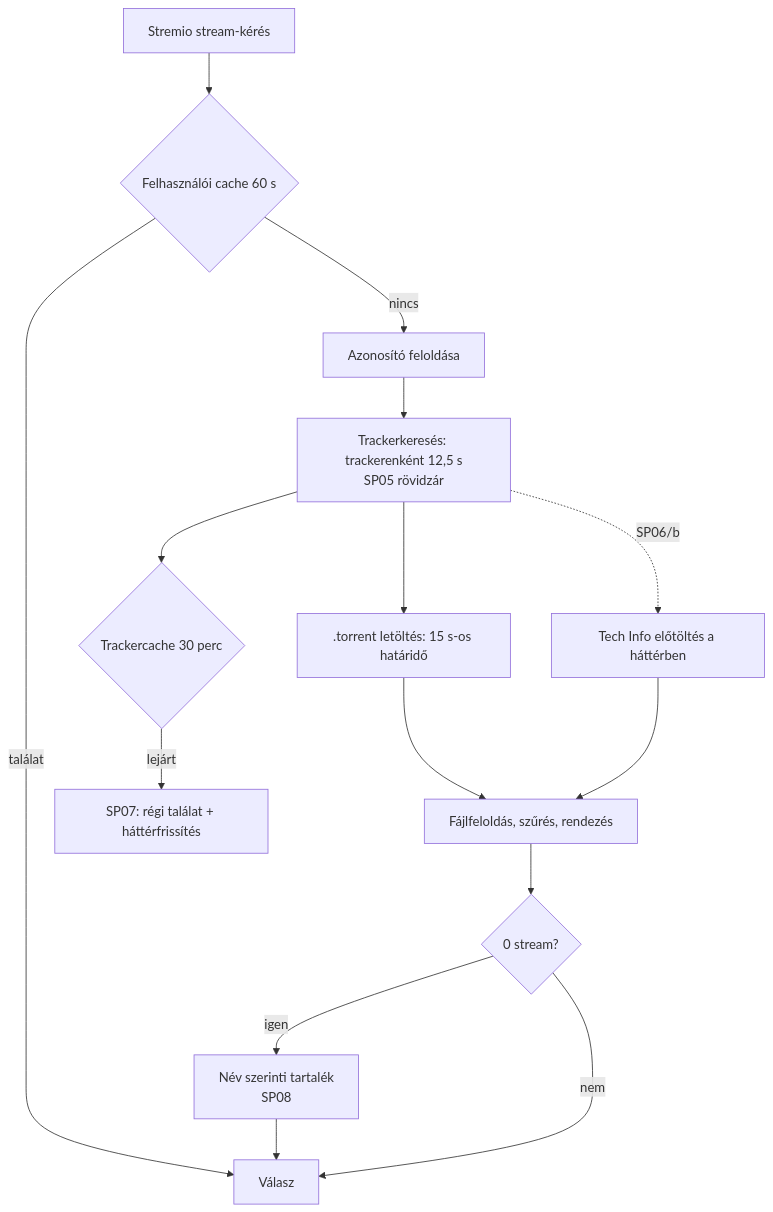
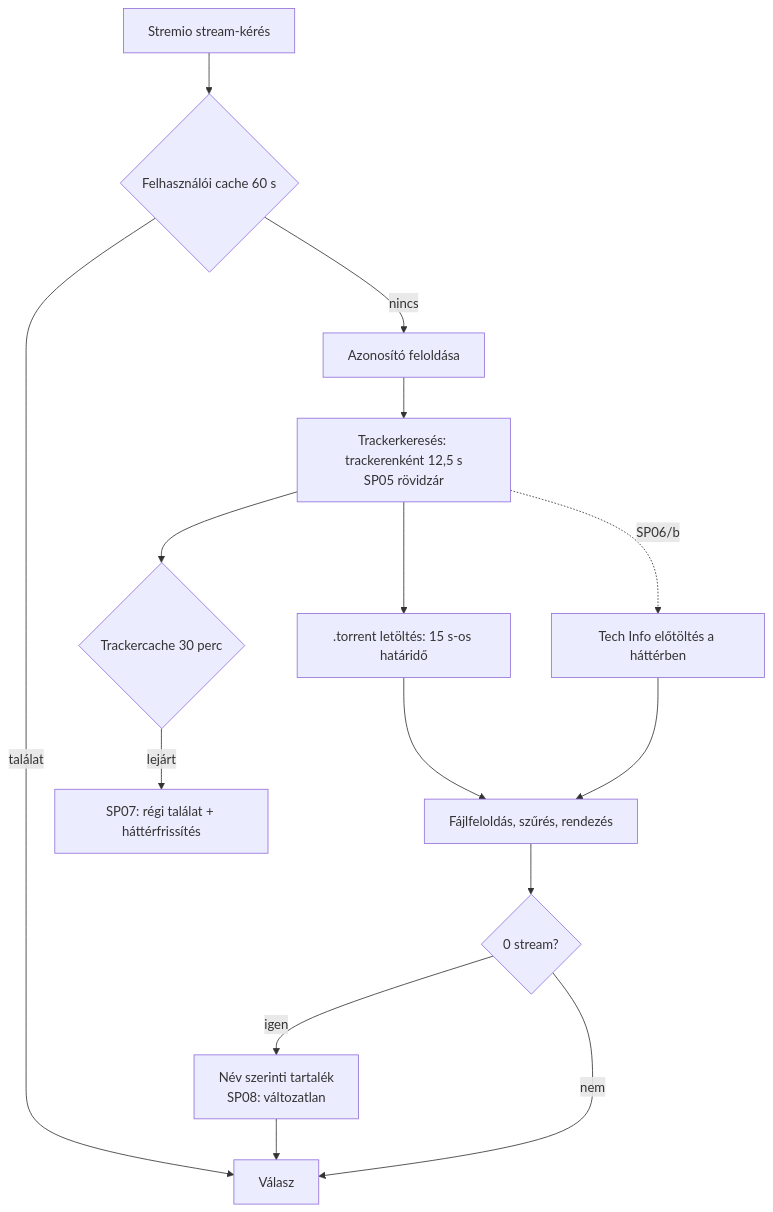
The first of 2 diagrams in docs/feature/stream-performance.md (Levfero/stremhu-source-VibeCodedEdition), drawn with Mermaid before and after one commit. The commit also changed other lines of this file and 5 other files, not shown here.

````diff
--- a/docs/feature/stream-performance.md
+++ b/docs/feature/stream-performance.md
@@ -103,17 +103,17 @@
 ```mermaid
 flowchart TD
     A[Stremio stream-kérés] --> B{Felhasználói cache 60 s}
     B -- találat --> Z[Válasz]
     B -- nincs --> C[Azonosító feloldása]
     C --> D[Trackerkeresés: trackerenként 12,5 s<br/>SP05 rövidzár]
     D --> E{Trackercache 30 perc}
     E -- lejárt --> E2[SP07: régi találat + háttérfrissítés]
     D --> F[.torrent letöltés: 15 s-os határidő]
     D -. SP06/b .-> T[Tech Info előtöltés a háttérben]
     F --> G[Fájlfeloldás, szűrés, rendezés]
     T --> G
     G --> H{0 stream?}
-    H -- igen --> I[Név szerinti tartalék<br/>SP08]
+    H -- igen --> I[Név szerinti tartalék<br/>SP08: változatlan]
     H -- nem --> Z
     I --> Z
 ```
````
